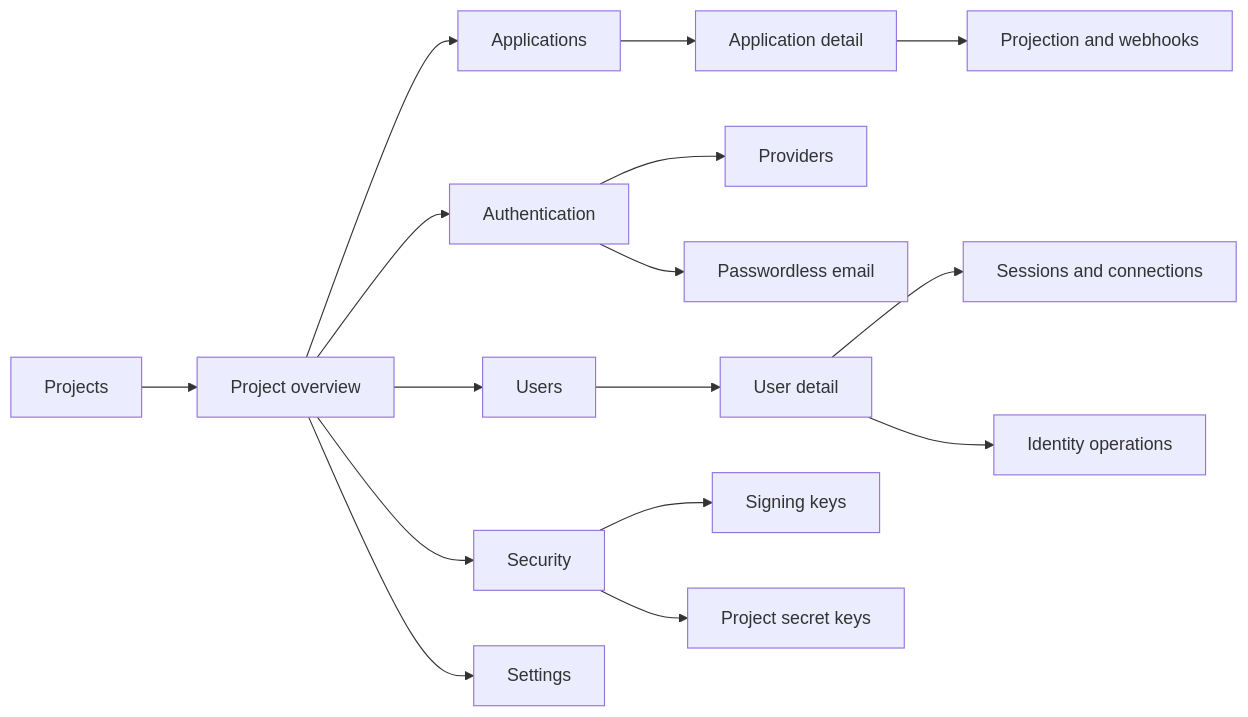
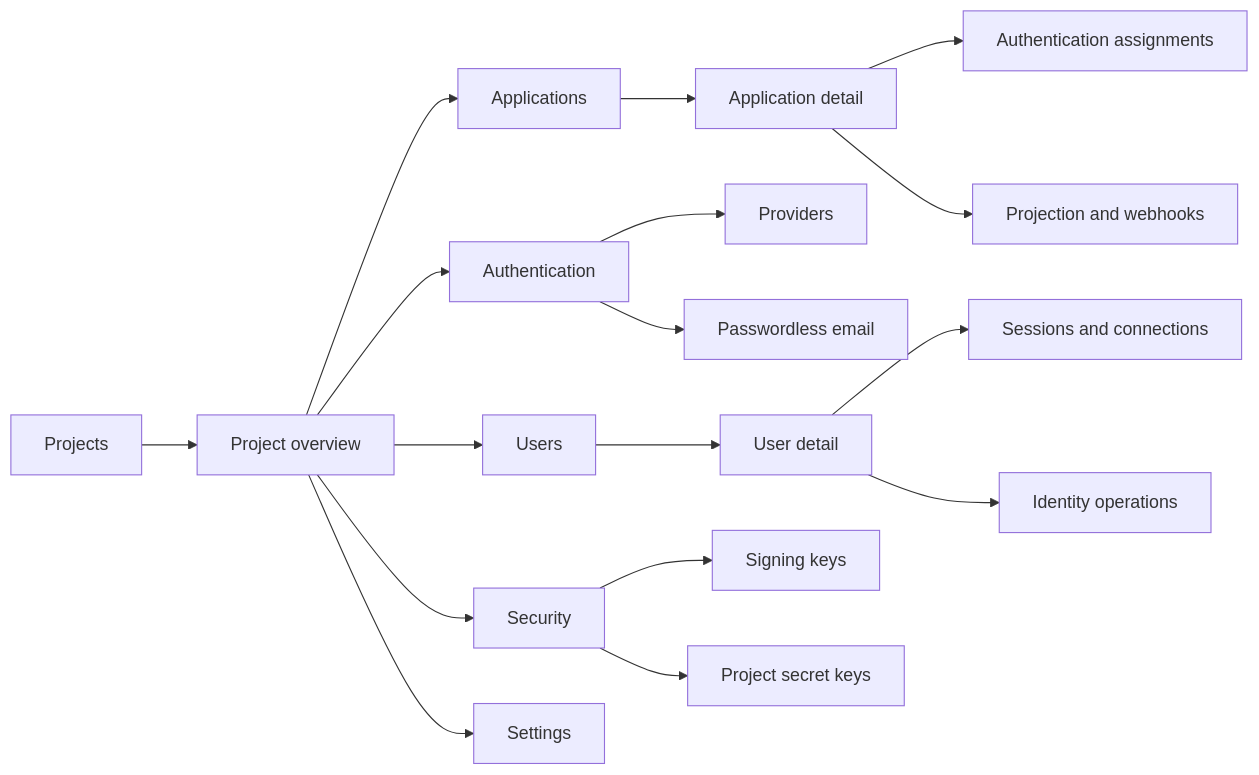
One commit to owlfoundry/owlauth changed the second of 2 diagrams in spec/12-product-ui-and-interaction-design.md. Above: the diagram before and after it, drawn with Mermaid. The commit also changed other lines of this file and 155 other files, not shown here.

````diff
--- a/spec/12-product-ui-and-interaction-design.md
+++ b/spec/12-product-ui-and-interaction-design.md
@@ -165,18 +165,19 @@
 ```mermaid
 flowchart LR
     Projects[Projects] --> Overview[Project overview]
     Overview --> Apps[Applications]
     Overview --> Auth[Authentication]
     Overview --> Users[Users]
     Overview --> Security[Security]
     Overview --> Settings[Settings]
     Apps --> AppDetail[Application detail]
+    AppDetail --> Methods[Authentication assignments]
     AppDetail --> Delivery[Projection and webhooks]
     Auth --> Providers[Providers]
     Auth --> Email[Passwordless email]
     Users --> UserDetail[User detail]
     UserDetail --> Sessions[Sessions and connections]
     UserDetail --> Identity[Identity operations]
     Security --> Keys[Signing keys]
     Security --> ServerKeys[Project secret keys]
 ```
````
